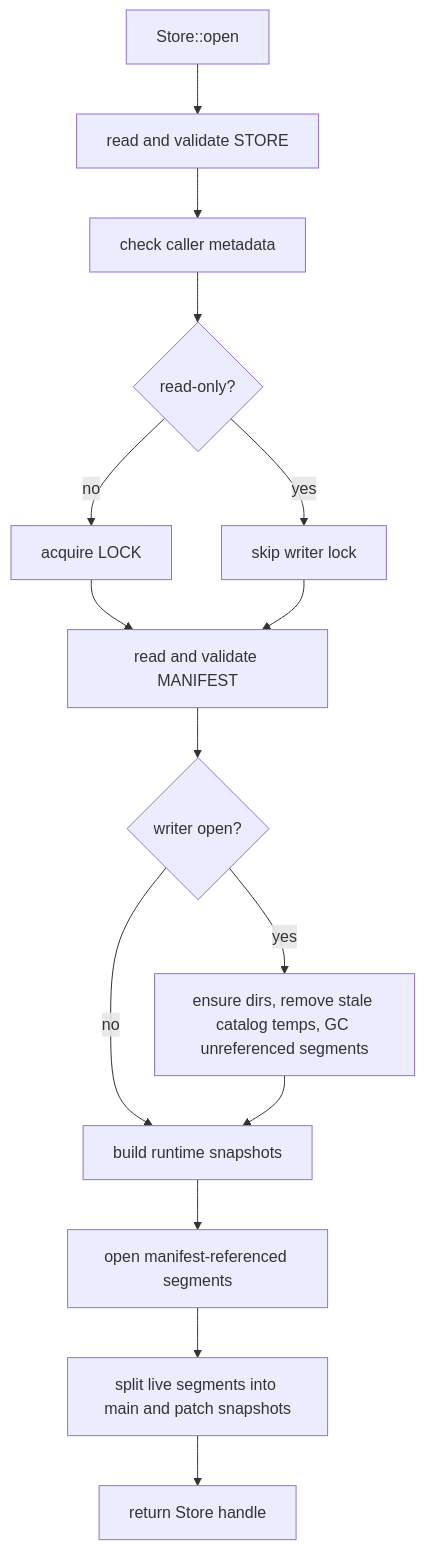
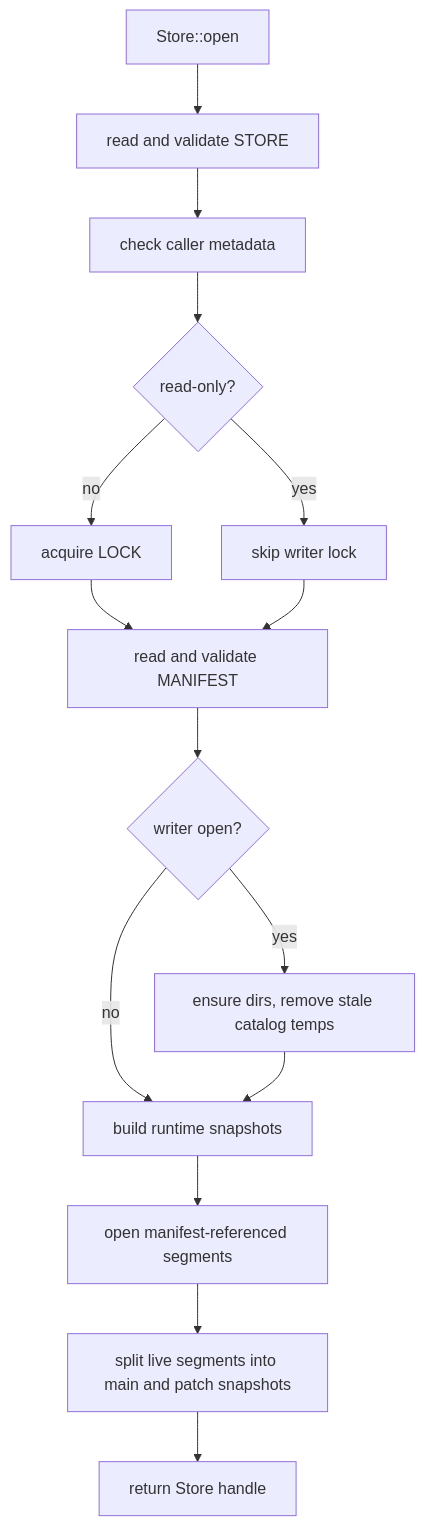
Before and after one commit to wangl-cc/evo-ssa-tools: the second of 7 diagrams in crates/segment-cache-store/docs/design.md, drawn with Mermaid. The commit also changed other lines of this file and 8 other files, not shown here.

````diff
--- a/crates/segment-cache-store/docs/design.md
+++ b/crates/segment-cache-store/docs/design.md
@@ -235,17 +235,17 @@
 ```mermaid
 flowchart TD
   Start["Store::open"] --> Descriptor["read and validate STORE"]
   Descriptor --> Metadata["check caller metadata"]
   Metadata --> LockChoice{"read-only?"}
   LockChoice -->|no| WriterLock["acquire LOCK"]
   LockChoice -->|yes| NoLock["skip writer lock"]
   WriterLock --> Manifest["read and validate MANIFEST"]
   NoLock --> Manifest
-  Manifest --> GC{"writer open?"}
-  GC -->|yes| Collect["ensure dirs, remove stale catalog temps, GC unreferenced segments"]
-  GC -->|no| Build["build runtime snapshots"]
-  Collect --> Build
+  Manifest --> Housekeeping{"writer open?"}
+  Housekeeping -->|yes| CatalogTemps["ensure dirs, remove stale catalog temps"]
+  Housekeeping -->|no| Build["build runtime snapshots"]
+  CatalogTemps --> Build
   Build --> OpenSegments["open manifest-referenced segments"]
   OpenSegments --> Split["split live segments into main and patch snapshots"]
   Split --> Store["return Store handle"]
 ```
````
